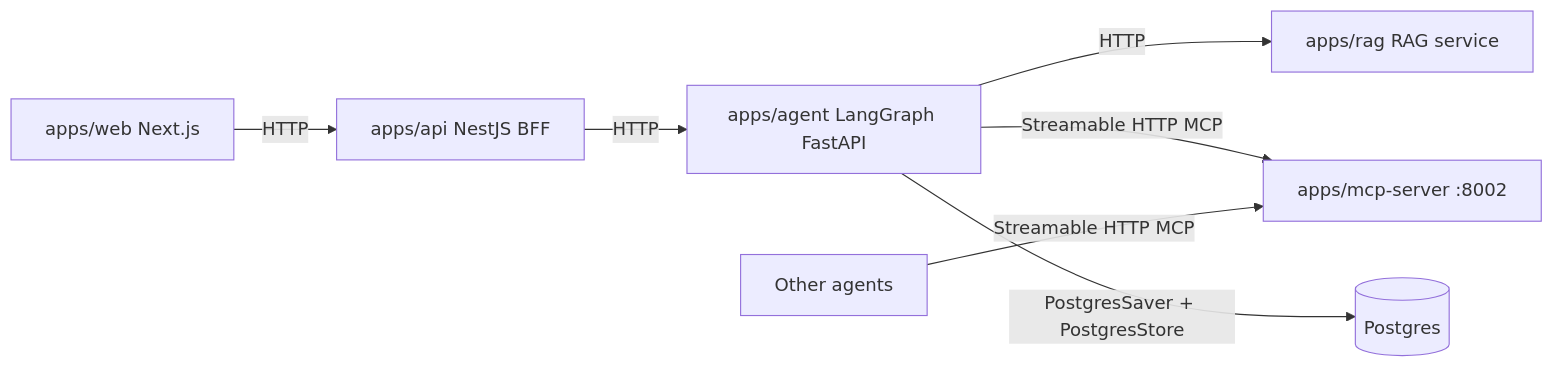
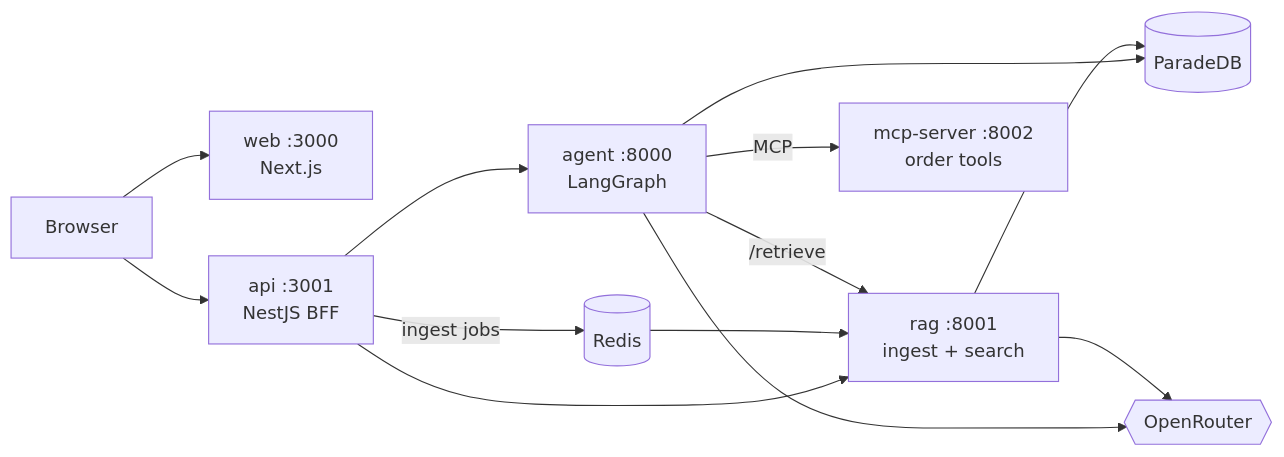
Before and after one commit to ervikassingh/support-dest-agent: the diagram in README.md, drawn with Mermaid. The commit also changed other lines of this file and 74 other files, not shown here.

````diff
--- a/README.md
+++ b/README.md
@@ -27,9 +7,15 @@
 ```mermaid
 flowchart LR
-  web[apps/web Next.js] -->|HTTP| api[apps/api NestJS BFF]
-  api -->|HTTP| agent[apps/agent LangGraph FastAPI]
-  agent -->|HTTP| rag[apps/rag RAG service]
-  agent -->|Streamable HTTP MCP| mcp[apps/mcp-server :8002]
-  other[Other agents] -->|Streamable HTTP MCP| mcp
-  agent -->|PostgresSaver + PostgresStore| pg[(Postgres)]
+  browser[Browser] --> web[web :3000<br/>Next.js]
+  browser --> api[api :3001<br/>NestJS BFF]
+  api --> agent[agent :8000<br/>LangGraph]
+  api --> rag[rag :8001<br/>ingest + search]
+  api -->|ingest jobs| redis[(Redis)]
+  redis --> rag
+  agent -->|/retrieve| rag
+  agent -->|MCP| mcp[mcp-server :8002<br/>order tools]
+  agent --> pg[(ParadeDB)]
+  rag --> pg
+  agent --> llm{{OpenRouter}}
+  rag --> llm
 ```
````
